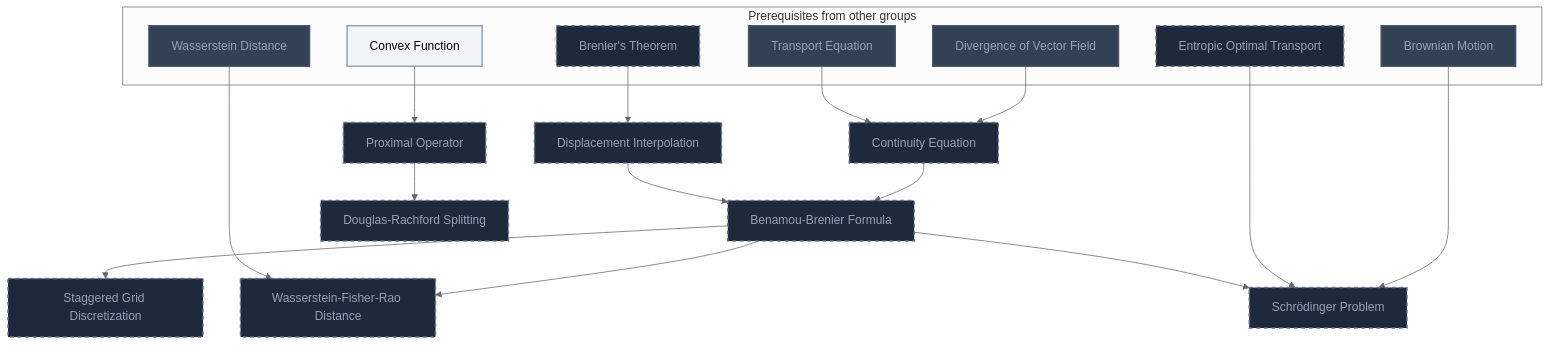
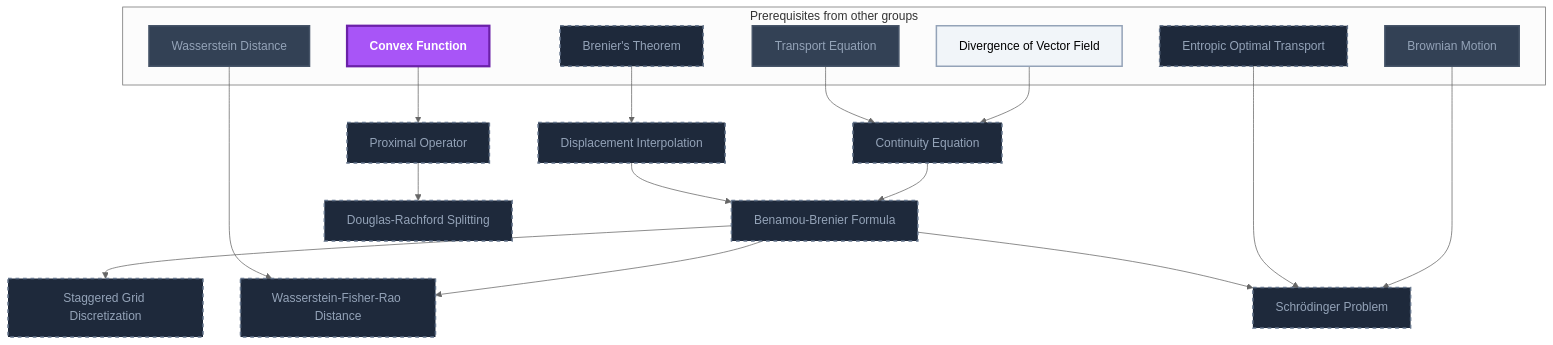
Before and after one commit to MRauf1/My-Notes: the sixth of 9 diagrams in Gamification/Skill Trees/Optimal Transport.md, drawn with Mermaid (neutral theme). The commit also changed other lines of this file and 145 other files, not shown here.

````diff
--- a/Gamification/Skill Trees/Optimal Transport.md
+++ b/Gamification/Skill Trees/Optimal Transport.md
@@ -272,46 +278,47 @@
 ```mermaid
 flowchart TD
     classDef planned fill:#1E293B,stroke:#64748B,stroke-width:2px,stroke-dasharray:5 5,color:#94A3B8;
     classDef locked fill:#334155,stroke:#475569,stroke-width:2px,color:#94A3B8;
     classDef L0 fill:#F1F5F9,stroke:#94A3B8,stroke-width:2px,color:#000000;
     classDef L1 fill:#22C55E,stroke:#15803D,stroke-width:2px,color:#000000;
     classDef L2 fill:#3B82F6,stroke:#1D4ED8,stroke-width:3px,color:#FFFFFF;
     classDef L3 fill:#A855F7,stroke:#6B21A8,stroke-width:3px,color:#FFFFFF,font-weight:bold;
     classDef L4 fill:#F97316,stroke:#C2410C,stroke-width:4px,color:#000000,font-weight:bold;
     classDef L5 fill:#FFD700,stroke:#FF8C00,stroke-width:5px,color:#000000,font-weight:bold;
     classDef rusty stroke:#8B4513,stroke-width:4px,stroke-dasharray:3 3;
     subgraph sg_prereqs["Prerequisites from other groups"]
         n_divergence_of_vector_field["Divergence of Vector Field"]
         n_transport_equation["Transport Equation"]
         n_brenier_s_theorem["Brenier's Theorem"]
         n_convex_function["Convex Function"]
         n_brownian_motion["Brownian Motion"]
         n_entropic_optimal_transport["Entropic Optimal Transport"]
         n_wasserstein_distance["Wasserstein Distance"]
     end
     n_continuity_equation["Continuity Equation"]
     n_displacement_interpolation["Displacement Interpolation"]
     n_benamou_brenier_formula["Benamou-Brenier Formula"]
     n_staggered_grid_discretization["Staggered Grid Discretization"]
     n_proximal_operator["Proximal Operator"]
     n_douglas_rachford_splitting["Douglas-Rachford Splitting"]
     n_wasserstein_fisher_rao_distance["Wasserstein-Fisher-Rao Distance"]
     n_schr_dinger_problem["Schrödinger Problem"]
     n_divergence_of_vector_field --> n_continuity_equation
     n_transport_equation --> n_continuity_equation
     n_brenier_s_theorem --> n_displacement_interpolation
     n_continuity_equation --> n_benamou_brenier_formula
     n_displacement_interpolation --> n_benamou_brenier_formula
     n_benamou_brenier_formula --> n_staggered_grid_discretization
     n_convex_function --> n_proximal_operator
     n_proximal_operator --> n_douglas_rachford_splitting
     n_benamou_brenier_formula --> n_wasserstein_fisher_rao_distance
     n_brownian_motion --> n_schr_dinger_problem
     n_entropic_optimal_transport --> n_schr_dinger_problem
     n_benamou_brenier_formula --> n_schr_dinger_problem
     n_wasserstein_distance --> n_wasserstein_fisher_rao_distance
     class n_brenier_s_theorem,n_entropic_optimal_transport,n_continuity_equation,n_displacement_interpolation,n_benamou_brenier_formula,n_staggered_grid_discretization,n_proximal_operator,n_douglas_rachford_splitting,n_wasserstein_fisher_rao_distance,n_schr_dinger_problem planned;
-    class n_divergence_of_vector_field,n_transport_equation,n_brownian_motion,n_wasserstein_distance locked;
-    class n_convex_function L0;
+    class n_transport_equation,n_brownian_motion,n_wasserstein_distance locked;
+    class n_divergence_of_vector_field L0;
+    class n_convex_function L3;
     class n_divergence_of_vector_field,n_transport_equation,n_convex_function,n_brownian_motion,n_wasserstein_distance internal-link;
 ```
````
